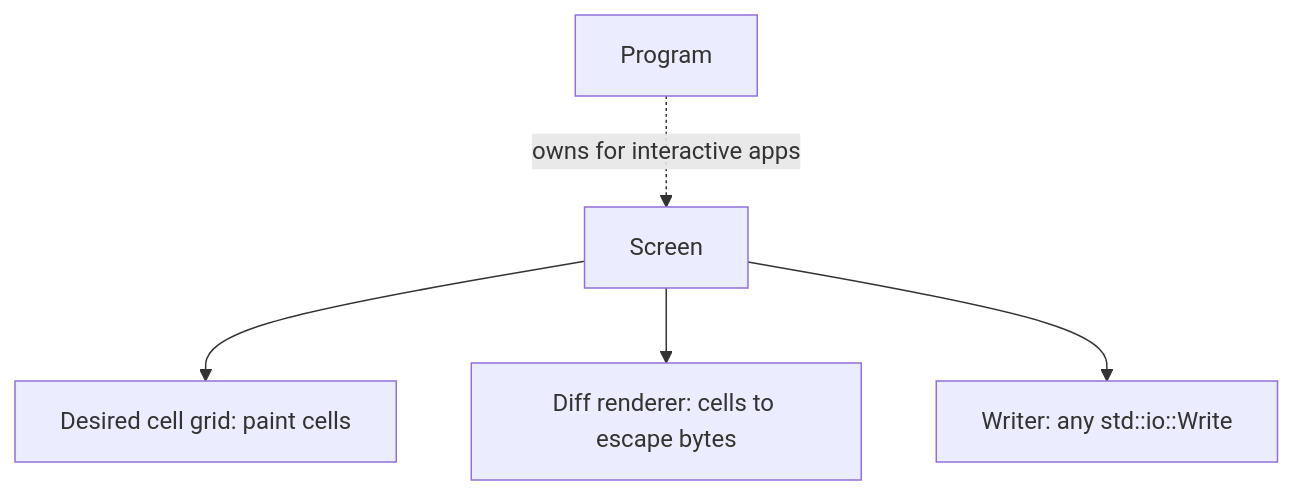
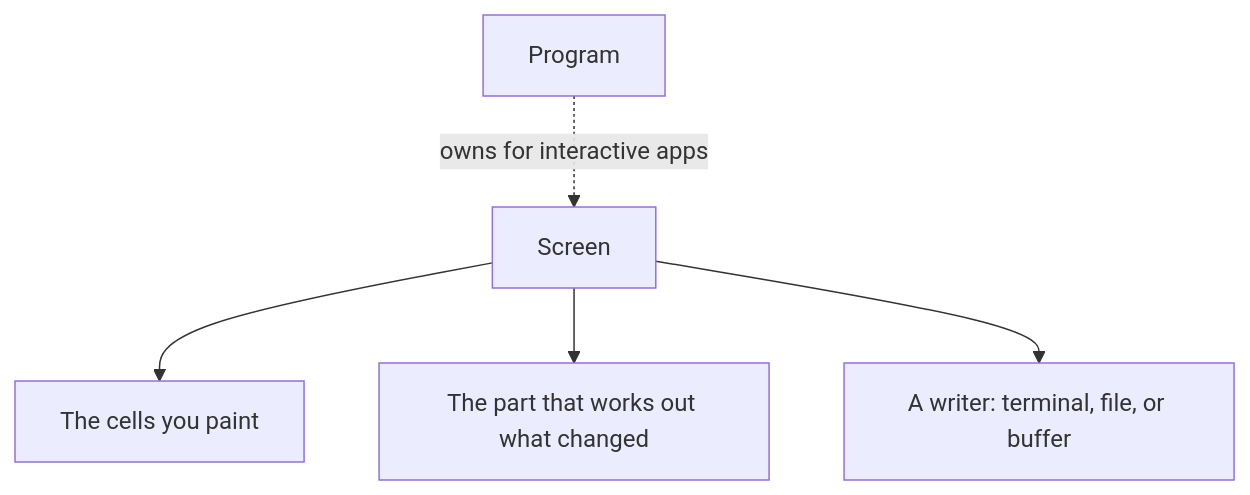
The first of 2 diagrams in website/content/docs/concepts/screen.md (aymanbagabas/uncurses), drawn with Mermaid before and after one commit. The commit also changed other lines of this file and 8 other files, not shown here.

````diff
--- a/website/content/docs/concepts/screen.md
+++ b/website/content/docs/concepts/screen.md
@@ -18,7 +18,7 @@
 ```mermaid
 flowchart TB
-  screen["Screen<W>"] --> grid["Desired cell grid: paint cells"]
-  screen --> renderer["Diff renderer: cells to escape bytes"]
-  screen --> writer["Writer: any std::io::Write"]
-  program["Program<I, O>"] -. owns for interactive apps .-> screen
+  screen["Screen"] --> grid["The cells you paint"]
+  screen --> renderer["The part that works out what changed"]
+  screen --> writer["A writer: terminal, file, or buffer"]
+  program["Program"] -. owns for interactive apps .-> screen
 ```
````
